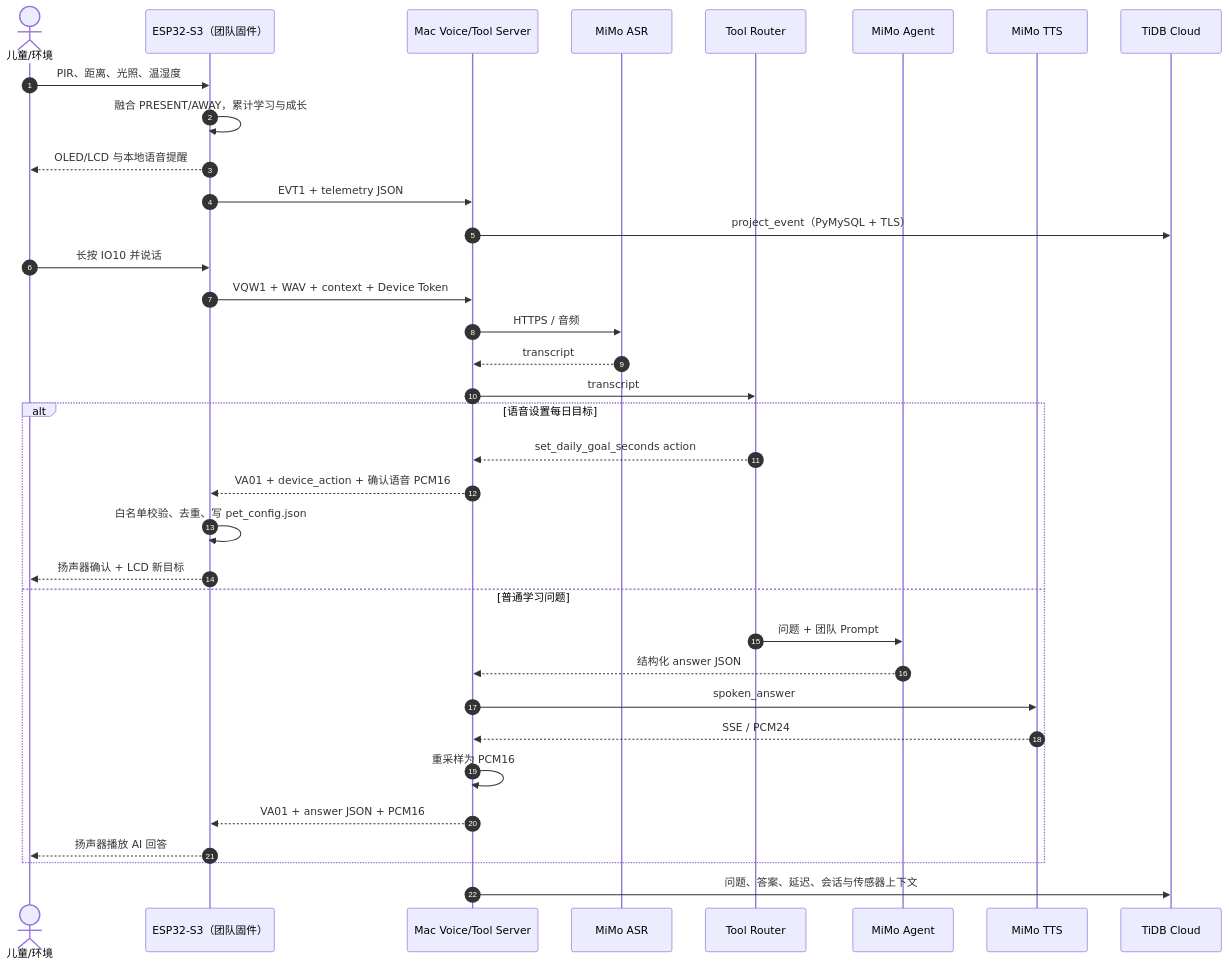
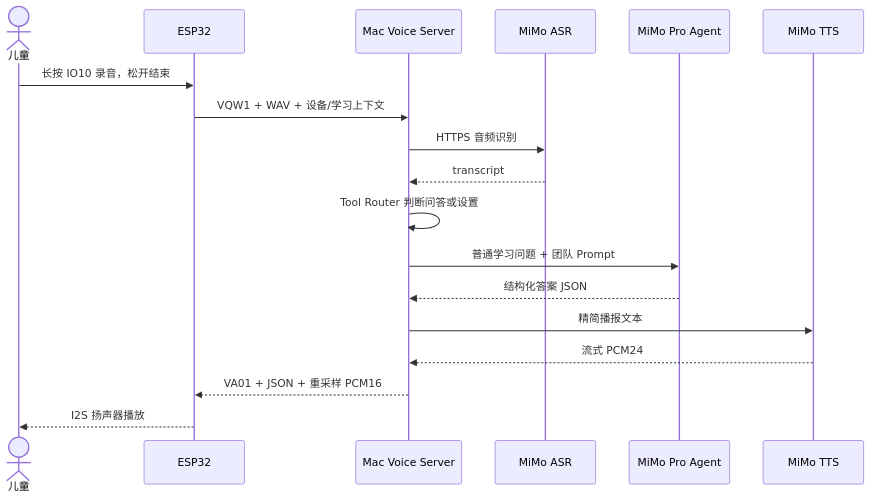
The second of 3 diagrams in docs/architecture.md (qybaihe/desk-study-companion), drawn with Mermaid before and after one commit. The commit also changed other lines of this file and 3 other files, not shown here.

Commit message:
Update one-page architecture for current cloud and iOS flow

````diff
--- a/docs/architecture.md
+++ b/docs/architecture.md
@@ -109,41 +131,21 @@
 ```mermaid
 sequenceDiagram
-    autonumber
-    actor Child as 儿童/环境
-    participant ESP as ESP32-S3（团队固件）
-    participant Mac as Mac Voice/Tool Server
+    actor Child as 儿童
+    participant ESP as ESP32
+    participant Mac as Mac Voice Server
     participant ASR as MiMo ASR
-    participant Router as Tool Router
-    participant Agent as MiMo Agent
+    participant Agent as MiMo Pro Agent
     participant TTS as MiMo TTS
-    participant DB as TiDB Cloud
 
-    Child->>ESP: PIR、距离、光照、温湿度
-    ESP->>ESP: 融合 PRESENT/AWAY，累计学习与成长
-    ESP-->>Child: OLED/LCD 与本地语音提醒
-    ESP->>Mac: EVT1 + telemetry JSON
-    Mac->>DB: project_event（PyMySQL + TLS）
-
-    Child->>ESP: 长按 IO10 并说话
-    ESP->>Mac: VQW1 + WAV + context + Device Token
-    Mac->>ASR: HTTPS / 音频
+    Child->>ESP: 长按 IO10 录音，松开结束
+    ESP->>Mac: VQW1 + WAV + 设备/学习上下文
+    Mac->>ASR: HTTPS 音频识别
     ASR-->>Mac: transcript
-    Mac->>Router: transcript
-
-    alt 语音设置每日目标
-        Router-->>Mac: set_daily_goal_seconds action
-        Mac-->>ESP: VA01 + device_action + 确认语音 PCM16
-        ESP->>ESP: 白名单校验、去重、写 pet_config.json
-        ESP-->>Child: 扬声器确认 + LCD 新目标
-    else 普通学习问题
-        Router->>Agent: 问题 + 团队 Prompt
-        Agent-->>Mac: 结构化 answer JSON
-        Mac->>TTS: spoken_answer
-        TTS-->>Mac: SSE / PCM24
-        Mac->>Mac: 重采样为 PCM16
-        Mac-->>ESP: VA01 + answer JSON + PCM16
-        ESP-->>Child: 扬声器播放 AI 回答
-    end
-
-    Mac->>DB: 问题、答案、延迟、会话与传感器上下文
+    Mac->>Mac: Tool Router 判断问答或设置
+    Mac->>Agent: 普通学习问题 + 团队 Prompt
+    Agent-->>Mac: 结构化答案 JSON
+    Mac->>TTS: 精简播报文本
+    TTS-->>Mac: 流式 PCM24
+    Mac-->>ESP: VA01 + JSON + 重采样 PCM16
+    ESP-->>Child: I2S 扬声器播放
 ```
````
